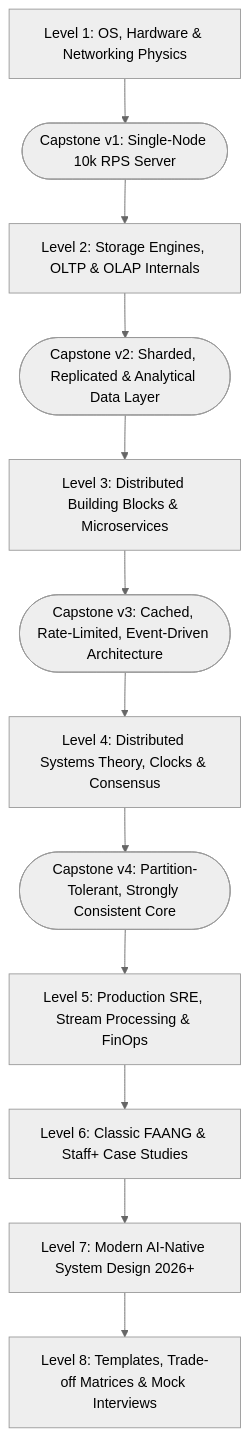
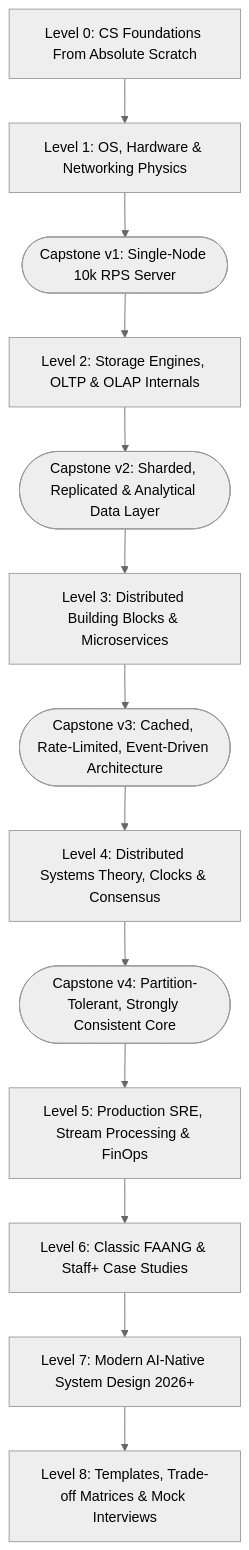
One commit to sumit-jaidka-pfizer/System-Design changed the diagram in ROADMAP.md. Above: the diagram before and after it, drawn with Mermaid (neutral theme). The commit also changed other lines of this file and 12 other files, not shown here.

Commit message:
Add Level 0 CS Foundations (0.1-0.5), per-level X.0 CS primers, and Section 0 Zero-Jargon CS Primer to all lessons

````diff
--- a/ROADMAP.md
+++ b/ROADMAP.md
@@ -15,14 +15,15 @@
 ```mermaid
 flowchart TD
-    L1[Level 1: OS, Hardware & Networking Physics] --> C1([Capstone v1: Single-Node 10k RPS Server])
+    L0[Level 0: CS Foundations From Absolute Scratch] --> L1[Level 1: OS, Hardware & Networking Physics]
+    L1 --> C1([Capstone v1: Single-Node 10k RPS Server])
     C1 --> L2[Level 2: Storage Engines, OLTP & OLAP Internals]
     L2 --> C2([Capstone v2: Sharded, Replicated & Analytical Data Layer])
     C2 --> L3[Level 3: Distributed Building Blocks & Microservices]
     L3 --> C3([Capstone v3: Cached, Rate-Limited, Event-Driven Architecture])
     C3 --> L4[Level 4: Distributed Systems Theory, Clocks & Consensus]
     L4 --> C4([Capstone v4: Partition-Tolerant, Strongly Consistent Core])
     C4 --> L5[Level 5: Production SRE, Stream Processing & FinOps]
     L5 --> L6[Level 6: Classic FAANG & Staff+ Case Studies]
     L6 --> L7[Level 7: Modern AI-Native System Design 2026+]
     L7 --> L8[Level 8: Templates, Trade-off Matrices & Mock Interviews]
 ```
````
